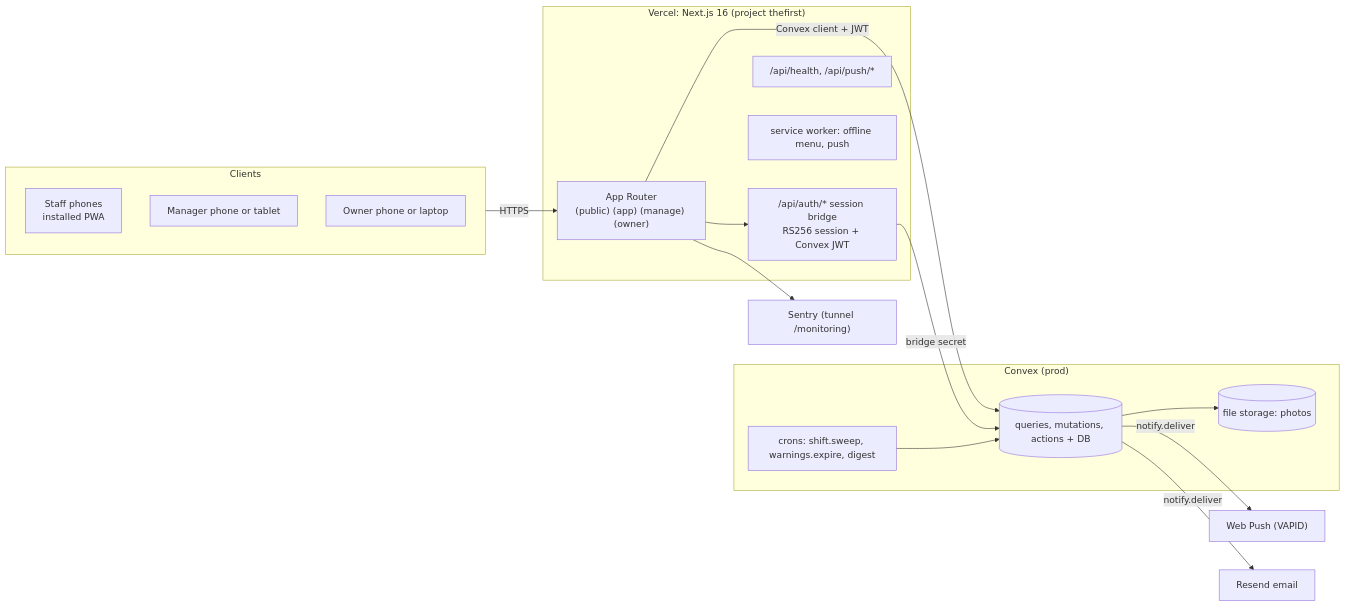
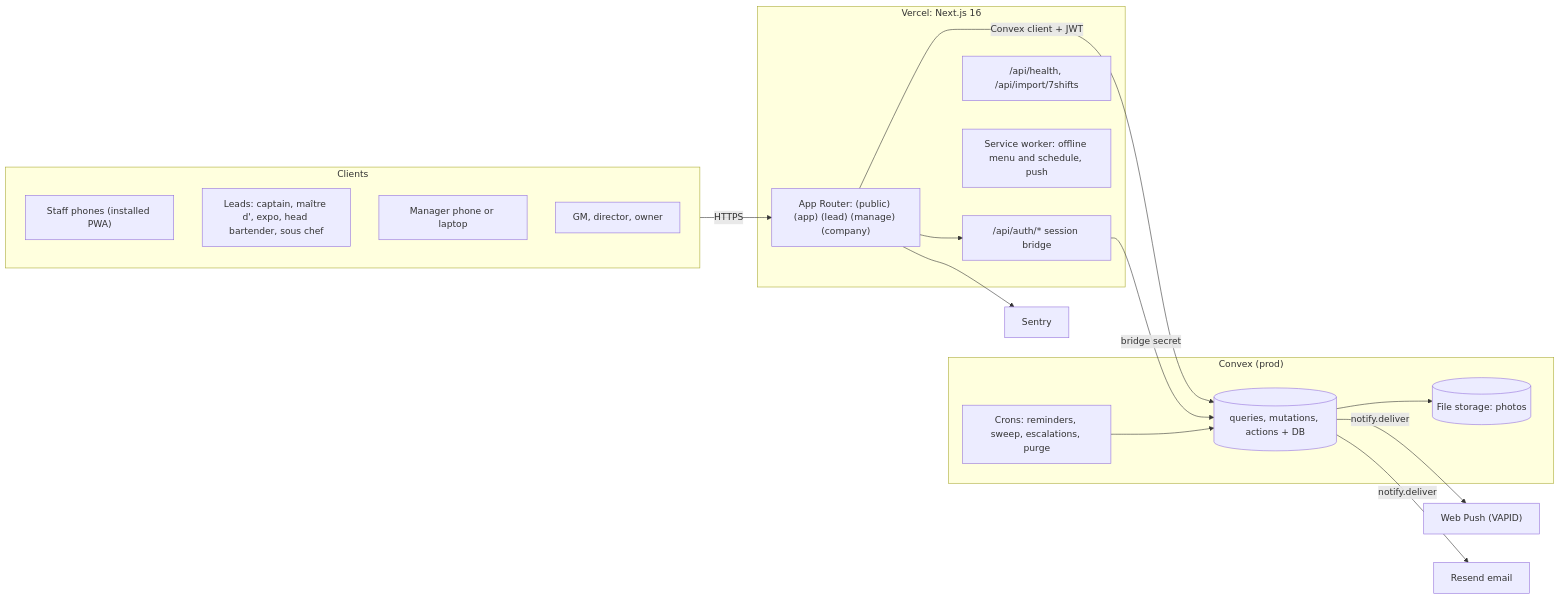
Before and after one commit to fclaiba/TheFirstHospitalityGroup: the ninth of 12 diagrams in docs/BLUEPRINT.md, drawn with Mermaid. The commit also changed other lines of this file and 61 other files, not shown here.

````diff
--- a/docs/BLUEPRINT.md
+++ b/docs/BLUEPRINT.md
@@ -297,27 +492,28 @@
 ```mermaid
 flowchart LR
   subgraph Clients
-    Staff["Staff phones<br/>installed PWA"]
-    Mgr["Manager phone or tablet"]
-    Own["Owner phone or laptop"]
+    Staff["Staff phones (installed PWA)"]
+    Lead["Leads: captain, maître d', expo, head bartender, sous chef"]
+    Mgr["Manager phone or laptop"]
+    Own["GM, director, owner"]
   end
-  subgraph Vercel["Vercel: Next.js 16 (project thefirst)"]
-    Pages["App Router<br/>(public) (app) (manage) (owner)"]
-    Bridge["/api/auth/* session bridge<br/>RS256 session + Convex JWT"]
-    Api["/api/health, /api/push/*"]
-    SW["service worker: offline menu, push"]
+  subgraph Vercel["Vercel: Next.js 16"]
+    Pages["App Router: (public) (app) (lead) (manage) (company)"]
+    Bridge["/api/auth/* session bridge"]
+    Api["/api/health, /api/import/7shifts"]
+    SW["Service worker: offline menu and schedule, push"]
   end
   subgraph Convex["Convex (prod)"]
     Fns[("queries, mutations, actions + DB")]
-    Files[("file storage: photos")]
-    Cron["crons: shift.sweep, warnings.expire, digest"]
+    Files[("File storage: photos")]
+    Cron["Crons: reminders, sweep, escalations, purge"]
   end
   Clients -- HTTPS --> Pages
   Pages -- "Convex client + JWT" --> Fns
   Pages --> Bridge -- "bridge secret" --> Fns
   Fns --> Files
   Cron --> Fns
   Fns -- "notify.deliver" --> Push["Web Push (VAPID)"]
   Fns -- "notify.deliver" --> Resend["Resend email"]
-  Pages --> Sentry["Sentry (tunnel /monitoring)"]
+  Pages --> Sentry["Sentry"]
 ```
````
